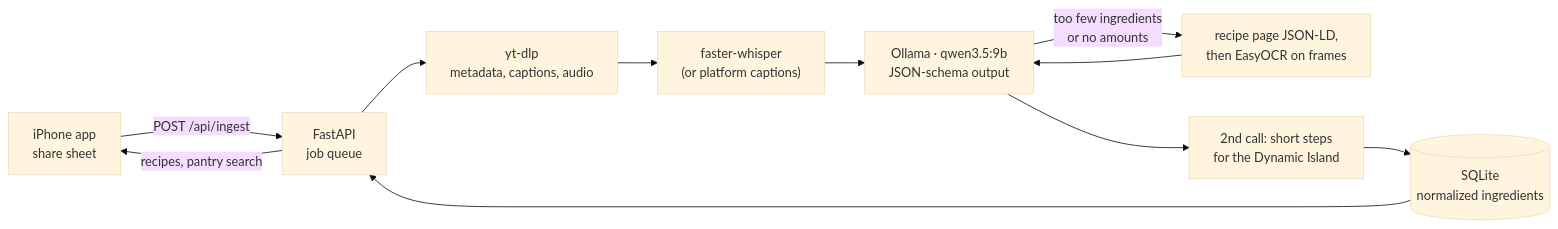
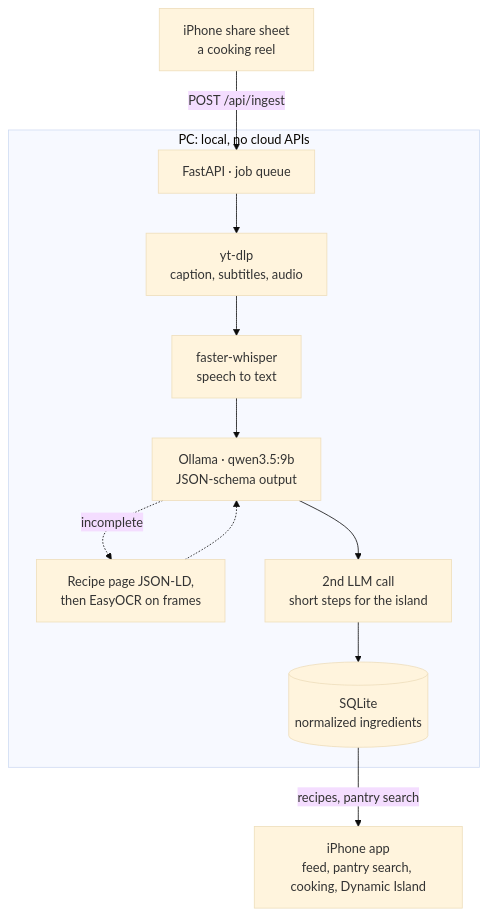
Before and after one commit to sshower111/recipe-pantry-app: the diagram in README.md, drawn with Mermaid (base theme).

Commit message:
README: top-down pipeline diagram that fits GitHub's column

````diff
--- a/README.md
+++ b/README.md
@@ -48,13 +48,20 @@
 ```mermaid
-flowchart LR
-    phone["iPhone app<br/>share sheet"] -- "POST /api/ingest" --> api["FastAPI<br/>job queue"]
-    api --> dl["yt-dlp<br/>metadata, captions, audio"]
-    dl --> asr["faster-whisper<br/>(or platform captions)"]
-    asr --> llm["Ollama · qwen3.5:9b<br/>JSON-schema output"]
-    llm -- "too few ingredients<br/>or no amounts" --> fallback["recipe page JSON-LD,<br/>then EasyOCR on frames"]
-    fallback --> llm
-    llm --> short["2nd call: short steps<br/>for the Dynamic Island"]
-    short --> db[("SQLite<br/>normalized ingredients")]
-    db --> api
-    api -- "recipes, pantry search" --> phone
+flowchart TD
+    share["iPhone share sheet<br/>a cooking reel"]
+    subgraph pc ["PC: local, no cloud APIs"]
+        api["FastAPI · job queue"]
+        dl["yt-dlp<br/>caption, subtitles, audio"]
+        asr["faster-whisper<br/>speech to text"]
+        llm["Ollama · qwen3.5:9b<br/>JSON-schema output"]
+        fb["Recipe page JSON-LD,<br/>then EasyOCR on frames"]
+        short["2nd LLM call<br/>short steps for the island"]
+        db[("SQLite<br/>normalized ingredients")]
+    end
+    app["iPhone app<br/>feed, pantry search, cooking, Dynamic Island"]
+    share -- "POST /api/ingest" --> api
+    api --> dl --> asr --> llm
+    llm -. "incomplete" .-> fb
+    fb -.-> llm
+    llm --> short --> db
+    db -- "recipes, pantry search" --> app
 ```
````
